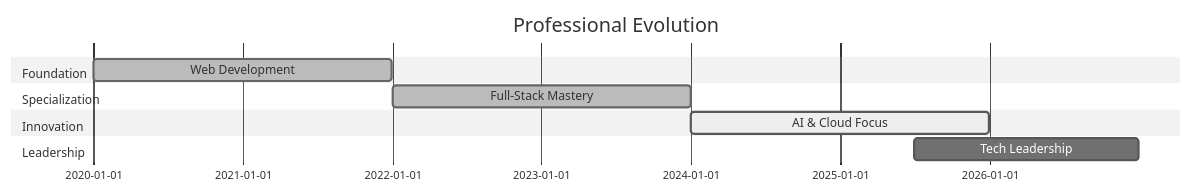
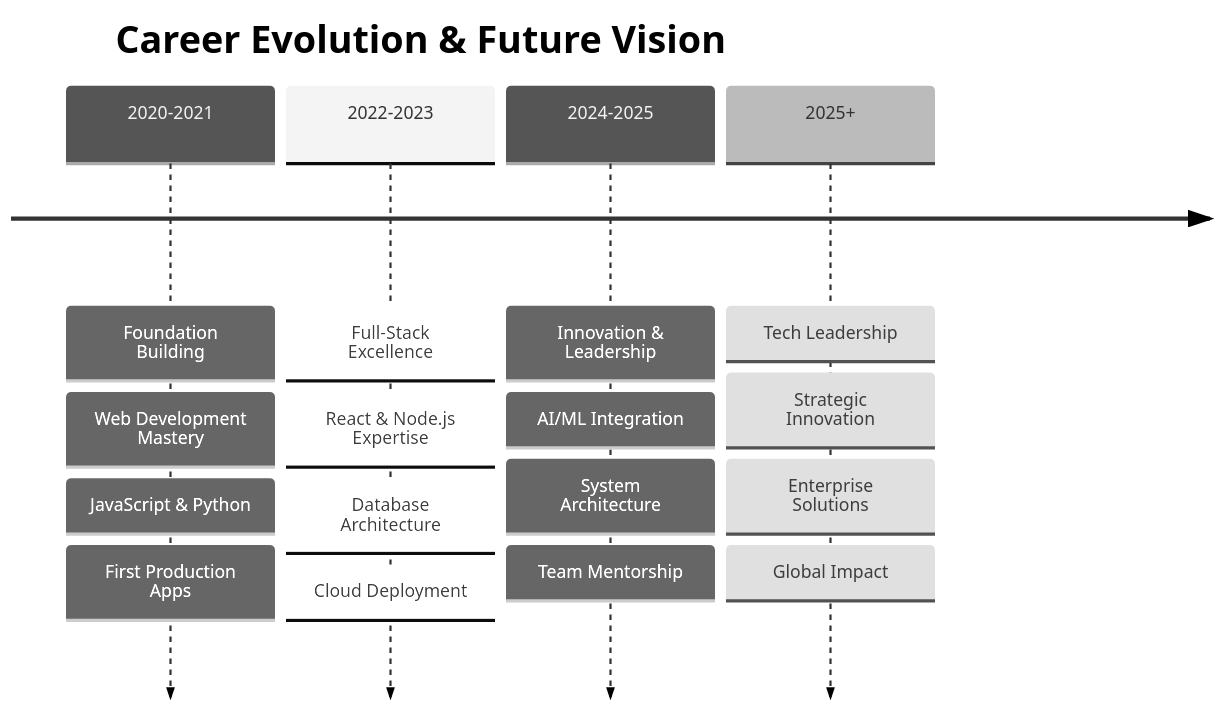
The third of 4 diagrams in README.md (ChristianAgyapong/ChristianAgyapong), drawn with Mermaid (neutral theme) before and after one commit. The commit also changed other lines of this file, not shown here.

````diff
--- a/README.md
+++ b/README.md
@@ -166,13 +209,24 @@
 ```mermaid
-gantt
-    title Professional Evolution
-    dateFormat YYYY-MM-DD
-    section Foundation
-    Web Development     :done, 2020-01-01, 2021-12-31
-    section Specialization  
-    Full-Stack Mastery  :done, 2022-01-01, 2023-12-31
-    section Innovation
-    AI & Cloud Focus    :active, 2024-01-01, 2025-12-31
-    section Leadership
-    Tech Leadership     :2025-07-01, 2026-12-31
+timeline
+    title Career Evolution & Future Vision
+    
+    2020-2021 : Foundation Building
+             : Web Development Mastery
+             : JavaScript & Python
+             : First Production Apps
+    
+    2022-2023 : Full-Stack Excellence
+             : React & Node.js Expertise
+             : Database Architecture
+             : Cloud Deployment
+    
+    2024-2025 : Innovation & Leadership
+             : AI/ML Integration
+             : System Architecture
+             : Team Mentorship
+    
+    2025+ : Tech Leadership
+          : Strategic Innovation
+          : Enterprise Solutions
+          : Global Impact
 ```
````
